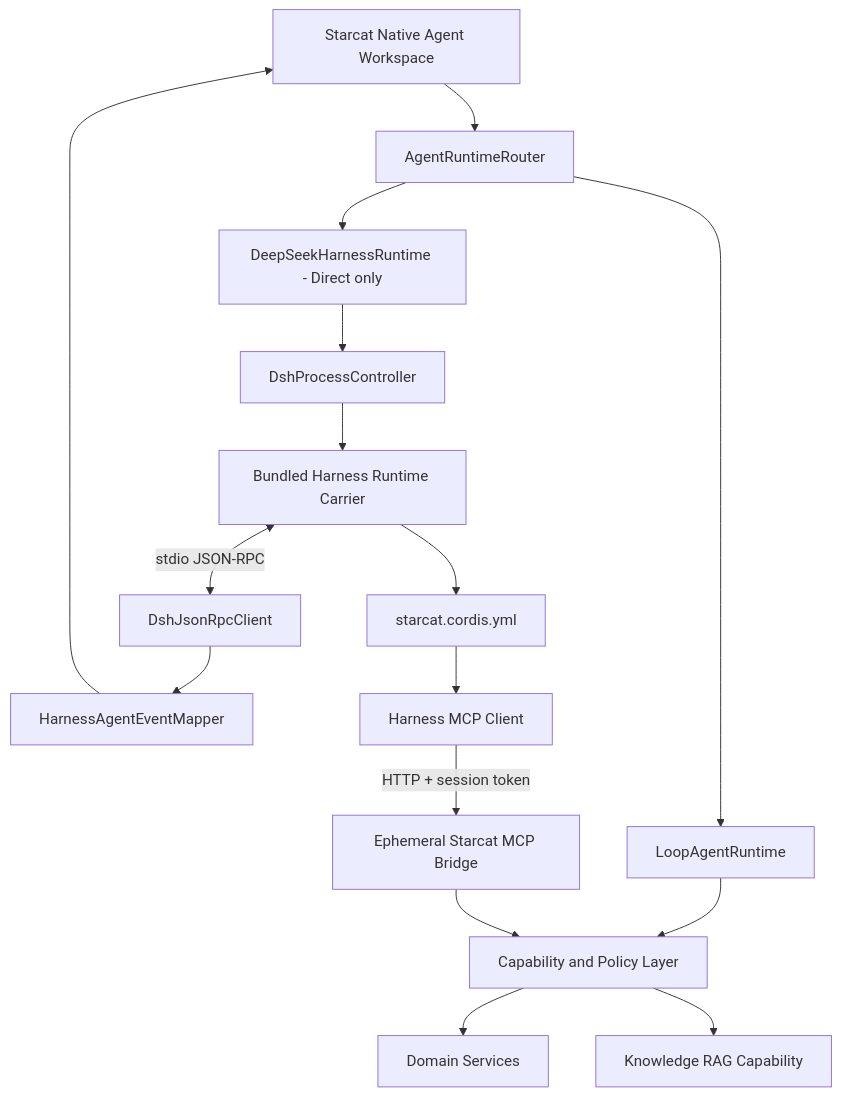
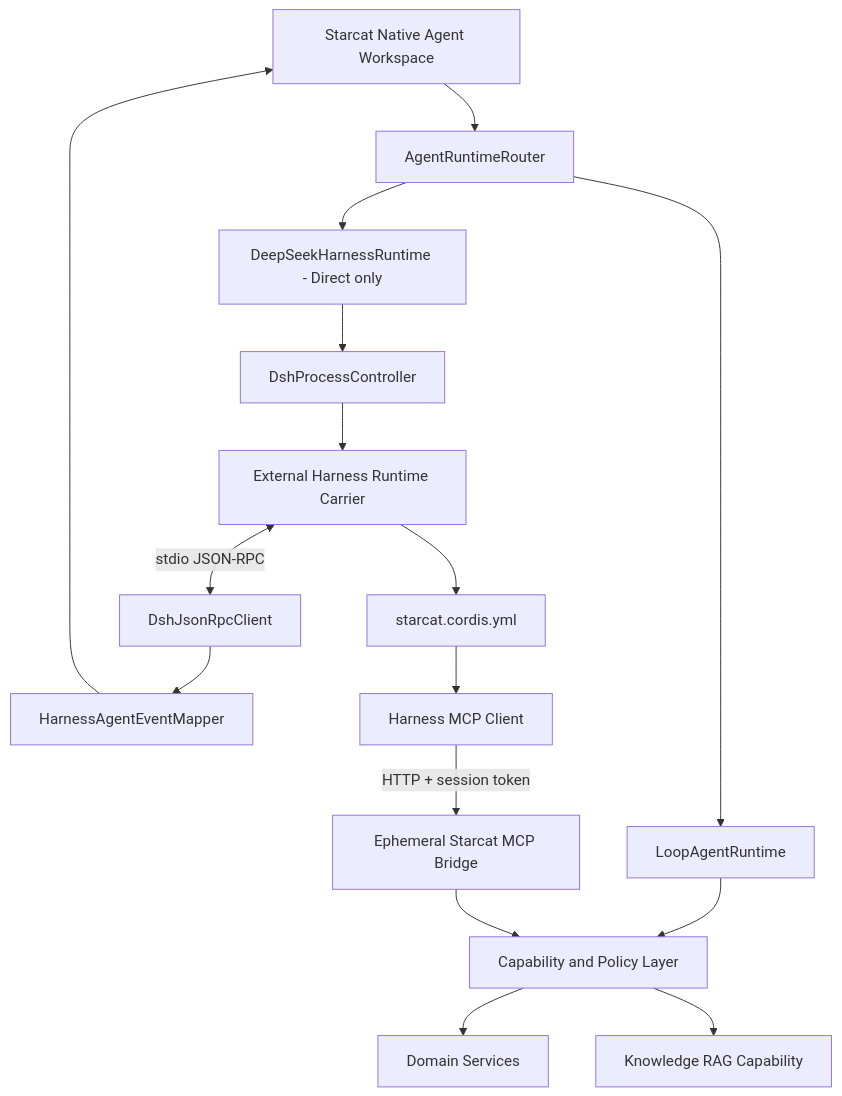
The diagram in docs/3-设计/详细设计/58-DeepSeekHarness集成评估与POC技术方案.md (starcat-app/Starcat), drawn with Mermaid before and after one commit. The commit also changed other lines of this file and 16 other files, not shown here.

First line of the commit message:
feat(agent): 接入可用的 DeepSeek Harness Runtime

````diff
--- a/docs/3-设计/详细设计/58-DeepSeekHarness集成评估与POC技术方案.md
+++ b/docs/3-设计/详细设计/58-DeepSeekHarness集成评估与POC技术方案.md
@@ -116,18 +116,18 @@
 ```mermaid
 flowchart TD
     UI["Starcat Native Agent Workspace"] --> Router["AgentRuntimeRouter"]
     Router --> Loop["LoopAgentRuntime"]
     Router --> DSH["DeepSeekHarnessRuntime - Direct only"]
     Loop --> Capability["Capability and Policy Layer"]
     DSH --> Controller["DshProcessController"]
-    Controller --> Sidecar["Bundled Harness Runtime Carrier"]
+    Controller --> Sidecar["External Harness Runtime Carrier"]
     Sidecar <-->|"stdio JSON-RPC"| RPC["DshJsonRpcClient"]
     RPC --> Mapper["HarnessAgentEventMapper"]
     Mapper --> UI
     Sidecar --> Profile["starcat.cordis.yml"]
     Profile --> MCPClient["Harness MCP Client"]
     MCPClient -->|"HTTP + session token"| Bridge["Ephemeral Starcat MCP Bridge"]
     Bridge --> Capability
     Capability --> Domain["Domain Services"]
     Capability --> RAG["Knowledge RAG Capability"]
 ```
````
